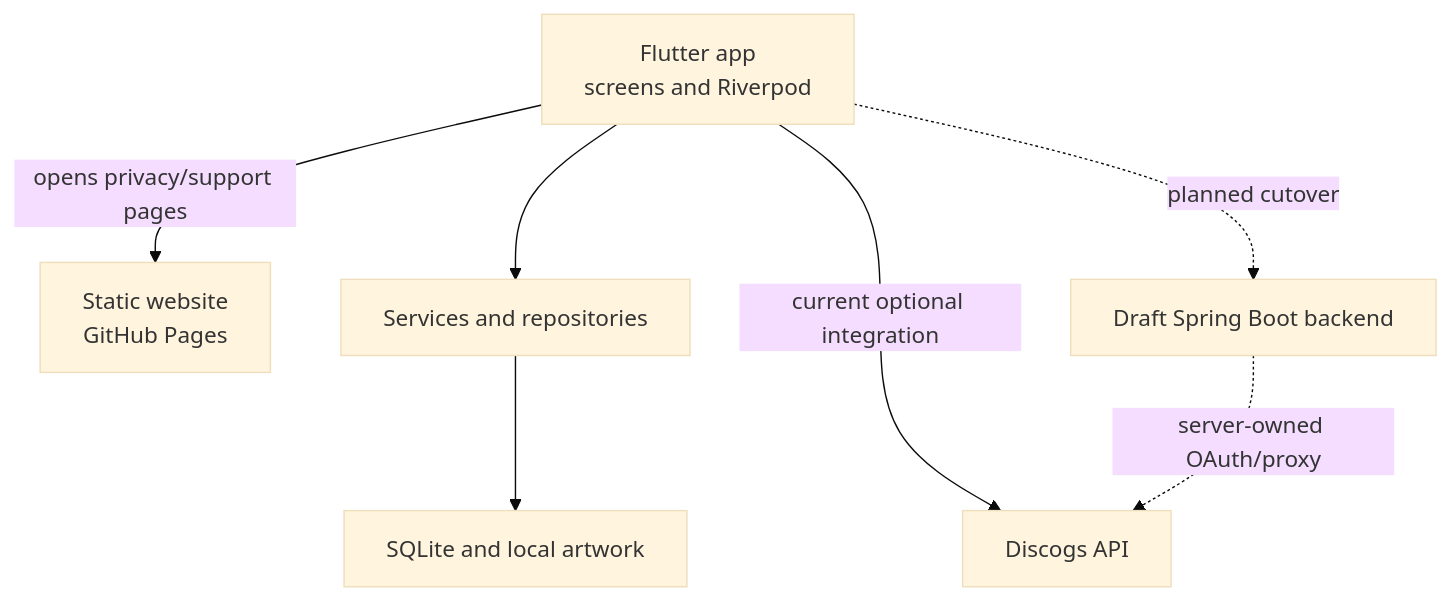
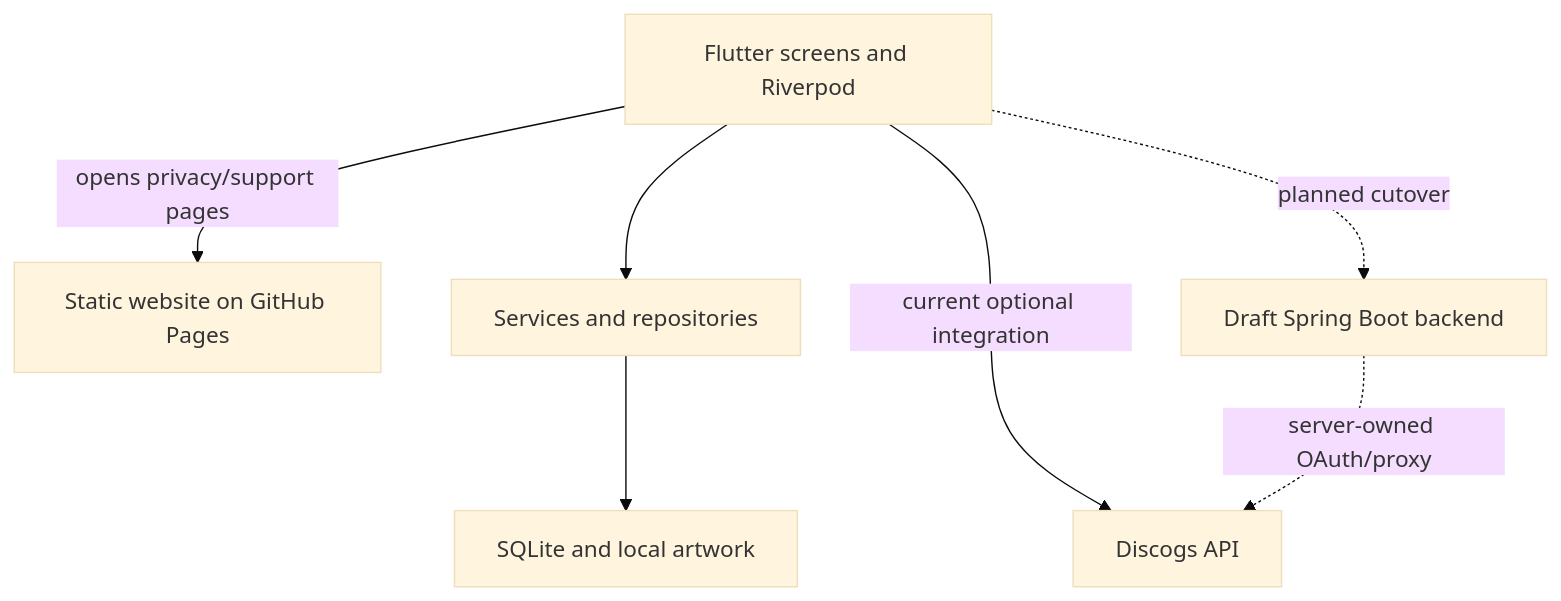
The first of 2 diagrams in docs/developer-guide.md (hunter-goller/Groovefolio), drawn with Mermaid (base theme) before and after one commit. The commit also changed other lines of this file and 33 other files, not shown here.

````diff
--- a/docs/developer-guide.md
+++ b/docs/developer-guide.md
@@ -17,14 +51,14 @@
 ```mermaid
 flowchart TD
-    Site["Static website<br/>GitHub Pages"]
-    App["Flutter app<br/>screens and Riverpod"]
+    Site["Static website on GitHub Pages"]
+    App["Flutter screens and Riverpod"]
     Service["Services and repositories"]
     Data["SQLite and local artwork"]
     Discogs["Discogs API"]
     Backend["Draft Spring Boot backend"]
     App -->|"opens privacy/support pages"| Site
     App --> Service --> Data
     App -->|"current optional integration"| Discogs
     App -.->|"planned cutover"| Backend
     Backend -.->|"server-owned OAuth/proxy"| Discogs
 ```
````
